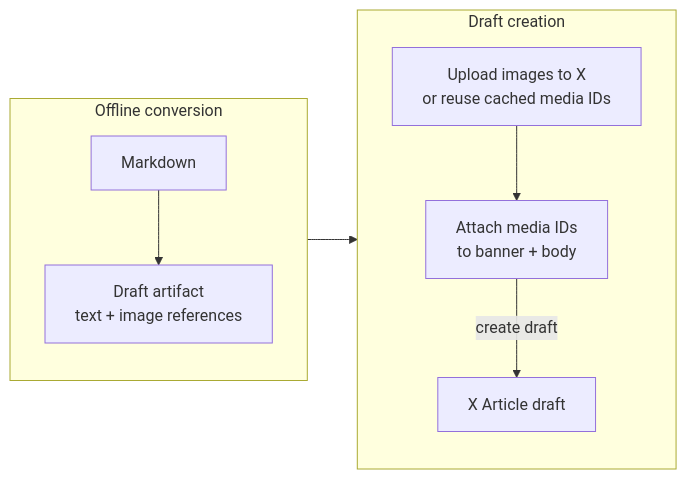
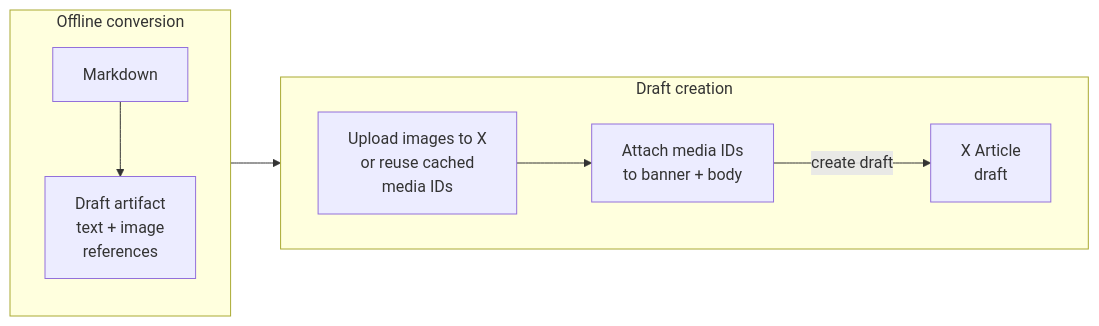
One commit to alwaldend/src changed the diagram in projects/alwaldend.com/content/blog/this-x-article-was-generated-from-markdown/pipeline.mmd. Above: the diagram before and after it, drawn with Mermaid. The commit also changed 41 other files, not shown here.

```diff
--- a/projects/alwaldend.com/content/blog/this-x-article-was-generated-from-markdown/pipeline.mmd
+++ b/projects/alwaldend.com/content/blog/this-x-article-was-generated-from-markdown/pipeline.mmd
@@ -1,12 +1,12 @@
 %%{init: {"flowchart": {"diagramPadding": 24}}}%%
 flowchart LR
     subgraph offline[Offline conversion]
         direction TB
-        md[Markdown] --> artifact["Draft artifact<br/>text + image references"]
+        md[Markdown] --> artifact["Draft artifact<br/>text + image<br/>references"]
     end
     subgraph draft[Draft creation]
-        direction TB
-        media["Upload images to X<br/>or reuse cached media IDs"] --> attach["Attach media IDs<br/>to banner + body"]
-        attach -->|create draft| x[X Article draft]
+        direction LR
+        media["Upload images to X<br/>or reuse cached<br/>media IDs"] --> attach["Attach media IDs<br/>to banner + body"]
+        attach -->|create draft| x["X Article<br/>draft"]
     end
     offline --> draft
```
